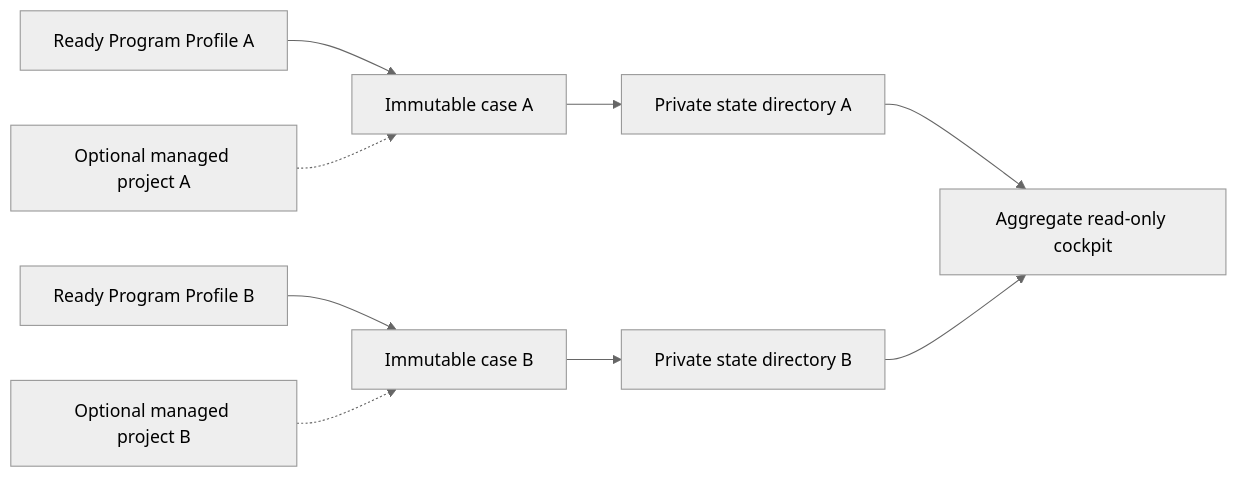
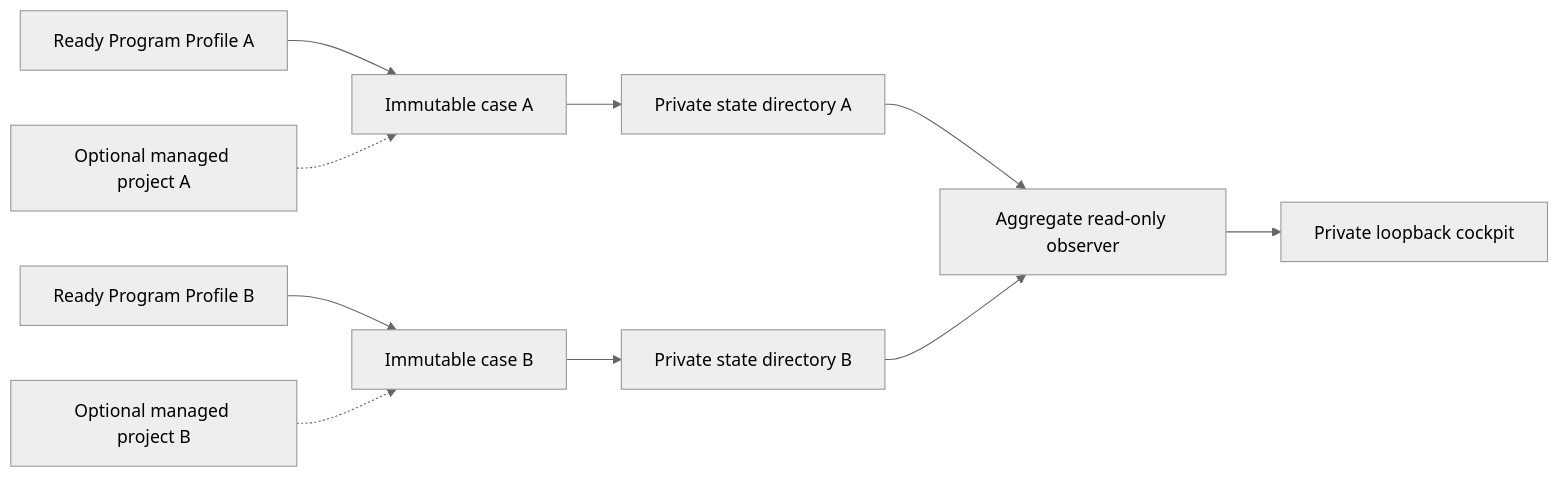
Before and after one commit to SmurfTurfPawpaw/GATE: the second of 4 diagrams in docs/architecture.md, drawn with Mermaid (neutral theme). The commit also changed other lines of this file and 39 other files, not shown here.

````diff
--- a/docs/architecture.md
+++ b/docs/architecture.md
@@ -47,11 +50,12 @@
 ```mermaid
 flowchart LR
     P1[Ready Program Profile A] --> C1[Immutable case A]
     J1[Optional managed project A] -.-> C1
     P2[Ready Program Profile B] --> C2[Immutable case B]
     J2[Optional managed project B] -.-> C2
     C1 --> S1[Private state directory A]
     C2 --> S2[Private state directory B]
-    S1 --> V[Aggregate read-only cockpit]
+    S1 --> V[Aggregate read-only observer]
     S2 --> V
+    V --> C[Private loopback cockpit]
 ```
````
